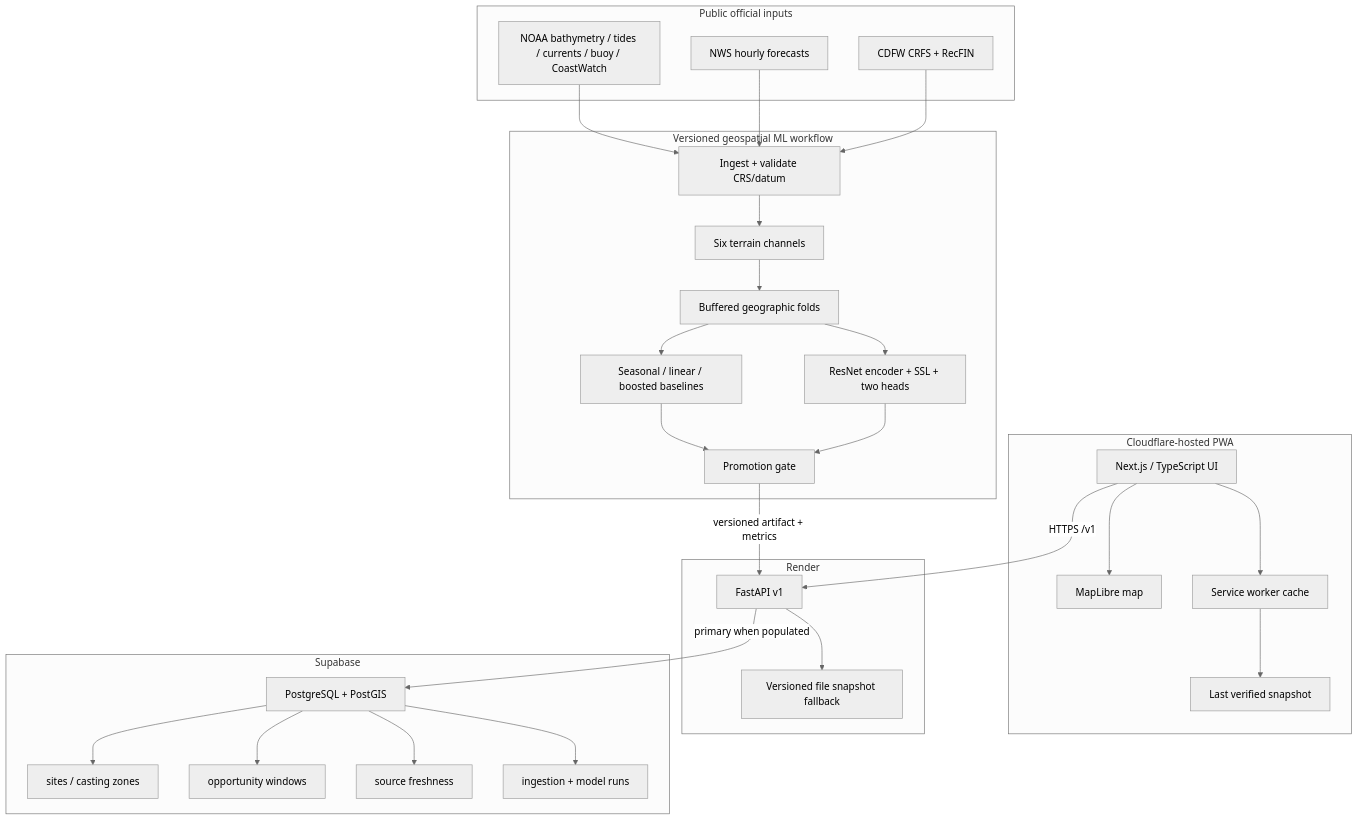
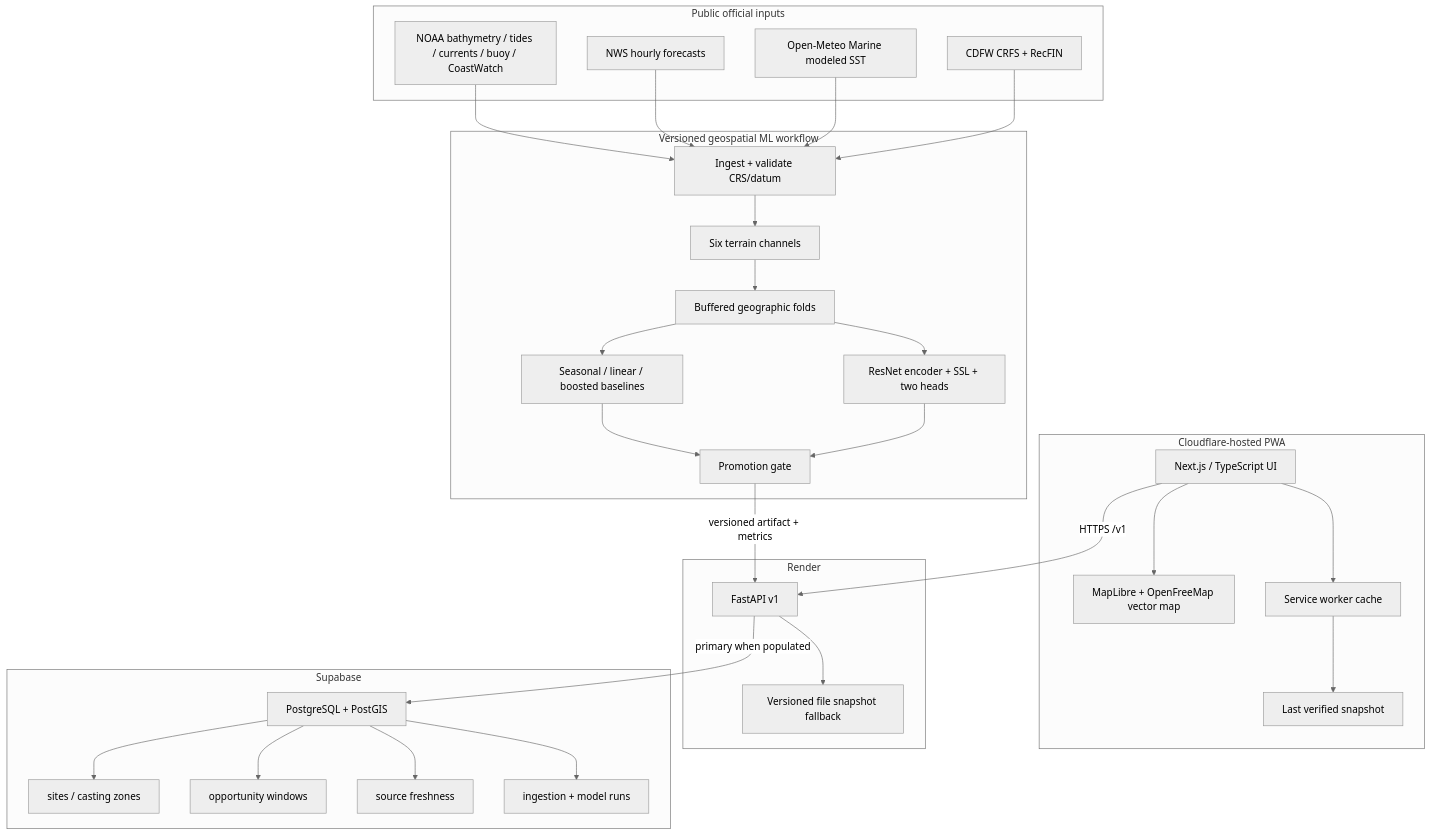
Before and after one commit to brianbzeng/castingcompass: the diagram in docs/ARCHITECTURE.md, drawn with Mermaid (neutral theme). The commit also changed other lines of this file and 20 other files, not shown here.

````diff
--- a/docs/ARCHITECTURE.md
+++ b/docs/ARCHITECTURE.md
@@ -5,55 +5,57 @@
 ```mermaid
 flowchart TB
     subgraph Client["Cloudflare-hosted PWA"]
       UI["Next.js / TypeScript UI"]
-      MAP["MapLibre map"]
+      MAP["MapLibre + OpenFreeMap vector map"]
       SW["Service worker cache"]
       CACHE["Last verified snapshot"]
       UI --> MAP
       UI --> SW
       SW --> CACHE
     end
 
     subgraph Serving["Render"]
       API["FastAPI v1"]
       FILES["Versioned file snapshot fallback"]
       API --> FILES
     end
 
     subgraph Storage["Supabase"]
       PG["PostgreSQL + PostGIS"]
       SITE["sites / casting zones"]
       WIN["opportunity windows"]
       FRESH["source freshness"]
       RUNS["ingestion + model runs"]
       PG --> SITE
       PG --> WIN
       PG --> FRESH
       PG --> RUNS
     end
 
     subgraph Inputs["Public official inputs"]
       NOAA["NOAA bathymetry / tides / currents / buoy / CoastWatch"]
       NWS["NWS hourly forecasts"]
+      MARINE["Open-Meteo Marine modeled SST"]
       FISH["CDFW CRFS + RecFIN"]
     end
 
     subgraph ML["Versioned geospatial ML workflow"]
       INGEST["Ingest + validate CRS/datum"]
       TERRAIN["Six terrain channels"]
       SPLIT["Buffered geographic folds"]
       BASE["Seasonal / linear / boosted baselines"]
       DEEP["ResNet encoder + SSL + two heads"]
       GATE["Promotion gate"]
       INGEST --> TERRAIN --> SPLIT
       SPLIT --> BASE --> GATE
       SPLIT --> DEEP --> GATE
     end
 
     UI -->|"HTTPS /v1"| API
     API -->|"primary when populated"| PG
     NOAA --> INGEST
     NWS --> INGEST
+    MARINE --> INGEST
     FISH --> INGEST
     GATE -->|"versioned artifact + metrics"| API
 ```
````
